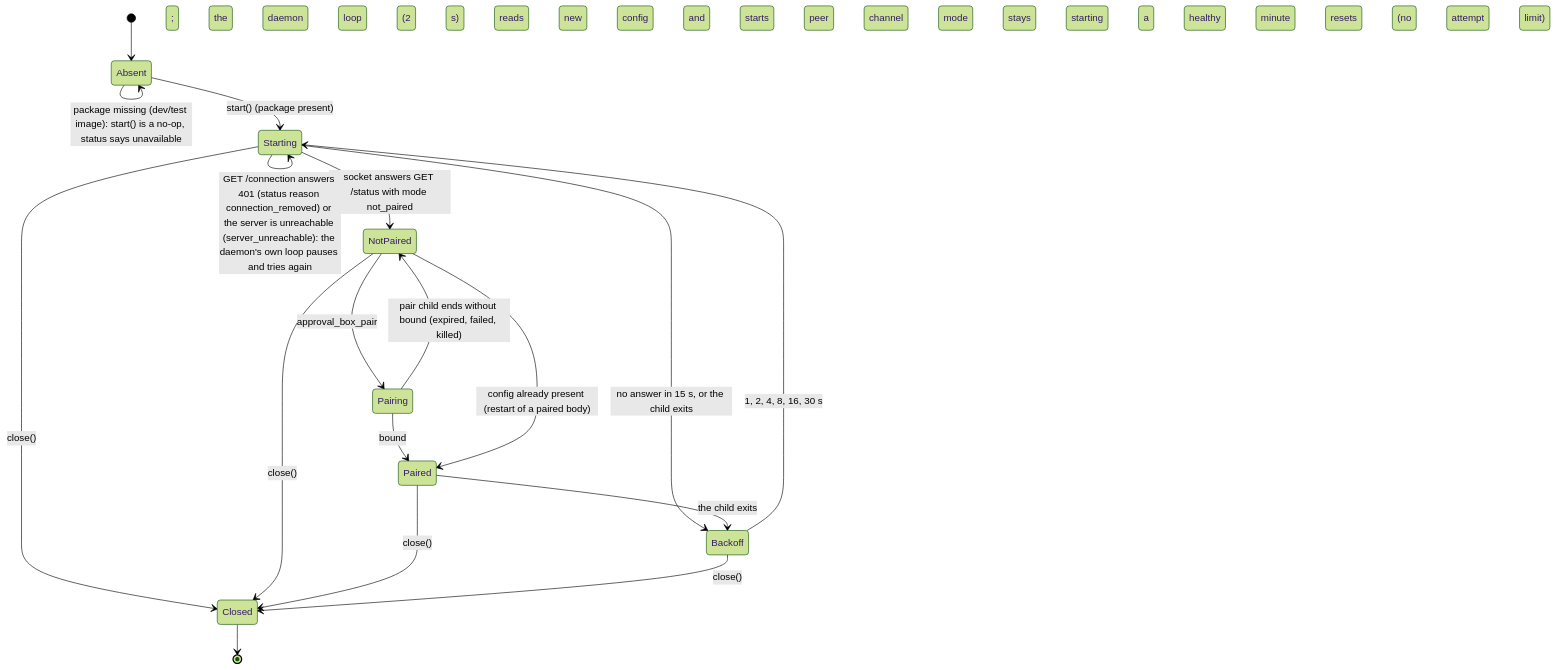
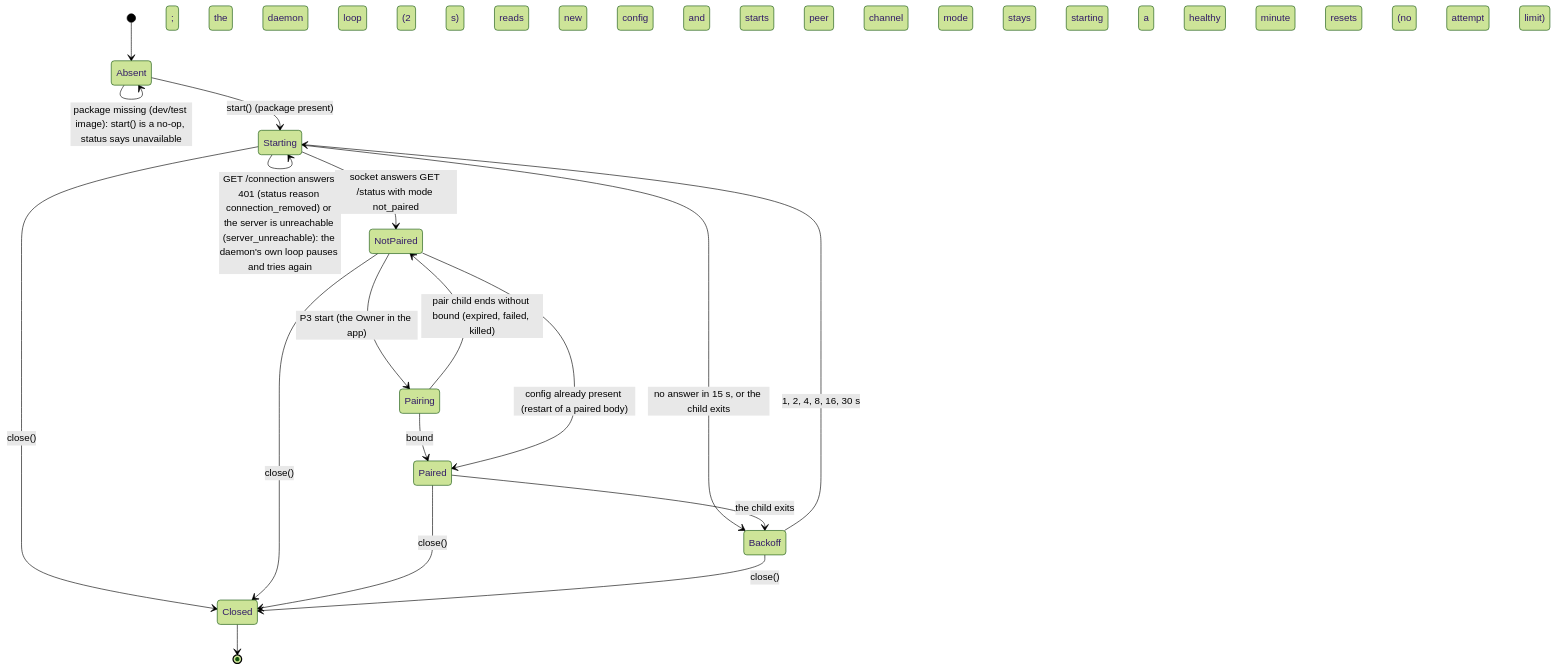
One commit to kitepon/BellTeam changed the third of 8 diagrams in docs/architecture/modules/runtime/approval-box-daemon.md. Above: the diagram before and after it, drawn with Mermaid (forest theme). The commit also changed other lines of this file and 2 other files, not shown here.

First line of the commit message:
Approval Box one port, body row: retire approval_box_pair tools, runtime page follows P3 (abx-port-molly-body)

````diff
--- a/docs/architecture/modules/runtime/approval-box-daemon.md
+++ b/docs/architecture/modules/runtime/approval-box-daemon.md
@@ -59,20 +59,20 @@
 ```mermaid
 stateDiagram-v2
   [*] --> Absent
   Absent --> Starting: start() (package present)
   Absent --> Absent: package missing (dev/test image): start() is a no-op, status says unavailable
   Starting --> NotPaired: socket answers GET /status with mode not_paired
   Starting --> Backoff: no answer in 15 s, or the child exits
-  NotPaired --> Pairing: approval_box_pair
+  NotPaired --> Pairing: P3 start (the Owner in the app)
   Pairing --> NotPaired: pair child ends without bound (expired, failed, killed)
   Pairing --> Paired: bound; the daemon loop (2 s) reads the new config and starts the peer channel
   NotPaired --> Paired: config already present (restart of a paired body)
   Paired --> Backoff: the child exits
   Starting --> Starting: GET /connection answers 401 (status reason connection_removed) or the server is unreachable (server_unreachable): the daemon's own loop pauses and tries again; mode stays starting
   Backoff --> Starting: 1, 2, 4, 8, 16, 30 s; a healthy minute resets (no attempt limit)
   Starting --> Closed: close()
   NotPaired --> Closed: close()
   Paired --> Closed: close()
   Backoff --> Closed: close()
   Closed --> [*]
 ```
````
